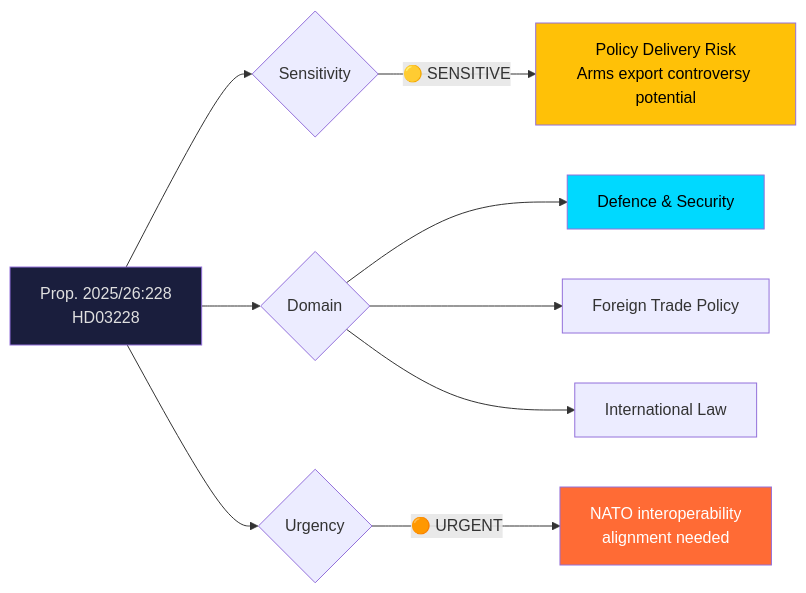
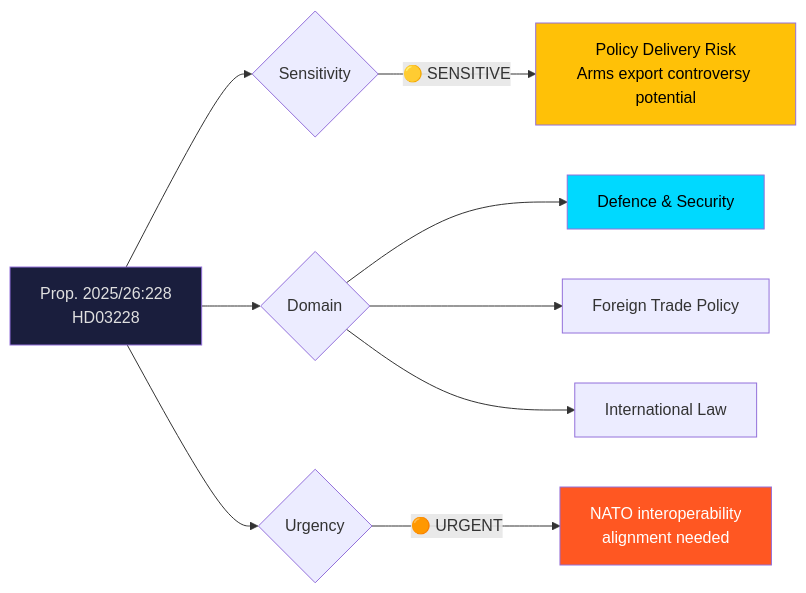
One commit to Hack23/riksdagsmonitor changed the first of 3 diagrams in analysis/daily/2026-04-10/propositions/documents/hd03228-analysis.md. Above: the diagram before and after it, drawn with Mermaid. The commit also changed other lines of this file and 785 other files, not shown here.

First line of the commit message:
Normalize mermaid colors across 786 analysis artifacts to ISMS Style Guide palette

````diff
--- a/analysis/daily/2026-04-10/propositions/documents/hd03228-analysis.md
+++ b/analysis/daily/2026-04-10/propositions/documents/hd03228-analysis.md
@@ -27,18 +27,18 @@
 ```mermaid
 graph LR
     A["Prop. 2025/26:228<br/>HD03228"] --> B{Sensitivity}
     B -->|"🟡 SENSITIVE"| D["Policy Delivery Risk<br/>Arms export controversy potential"]
     
     A --> G{Domain}
     G --> H["Defence & Security"]
     G --> H2["Foreign Trade Policy"]
     G --> H3["International Law"]
     
     A --> I{Urgency}
     I -->|"🟠 URGENT"| K["NATO interoperability<br/>alignment needed"]
     
     style A fill:#1a1e3d,color:#e0e0e0
-    style D fill:#ffc107,color:#000
-    style H fill:#00d9ff,color:#000
-    style K fill:#ff6b35,color:#fff
+    style D fill:#FFC107,color:#000000
+    style H fill:#00d9ff,color:#000000
+    style K fill:#FF5722,color:#FFFFFF
 ```
````
